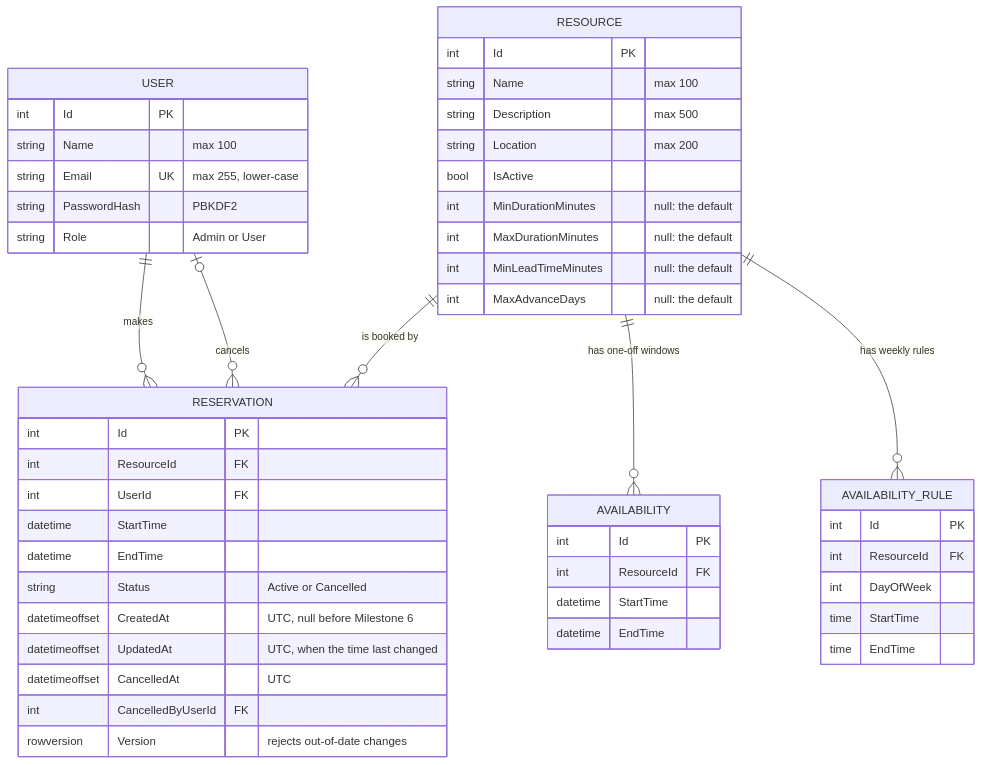
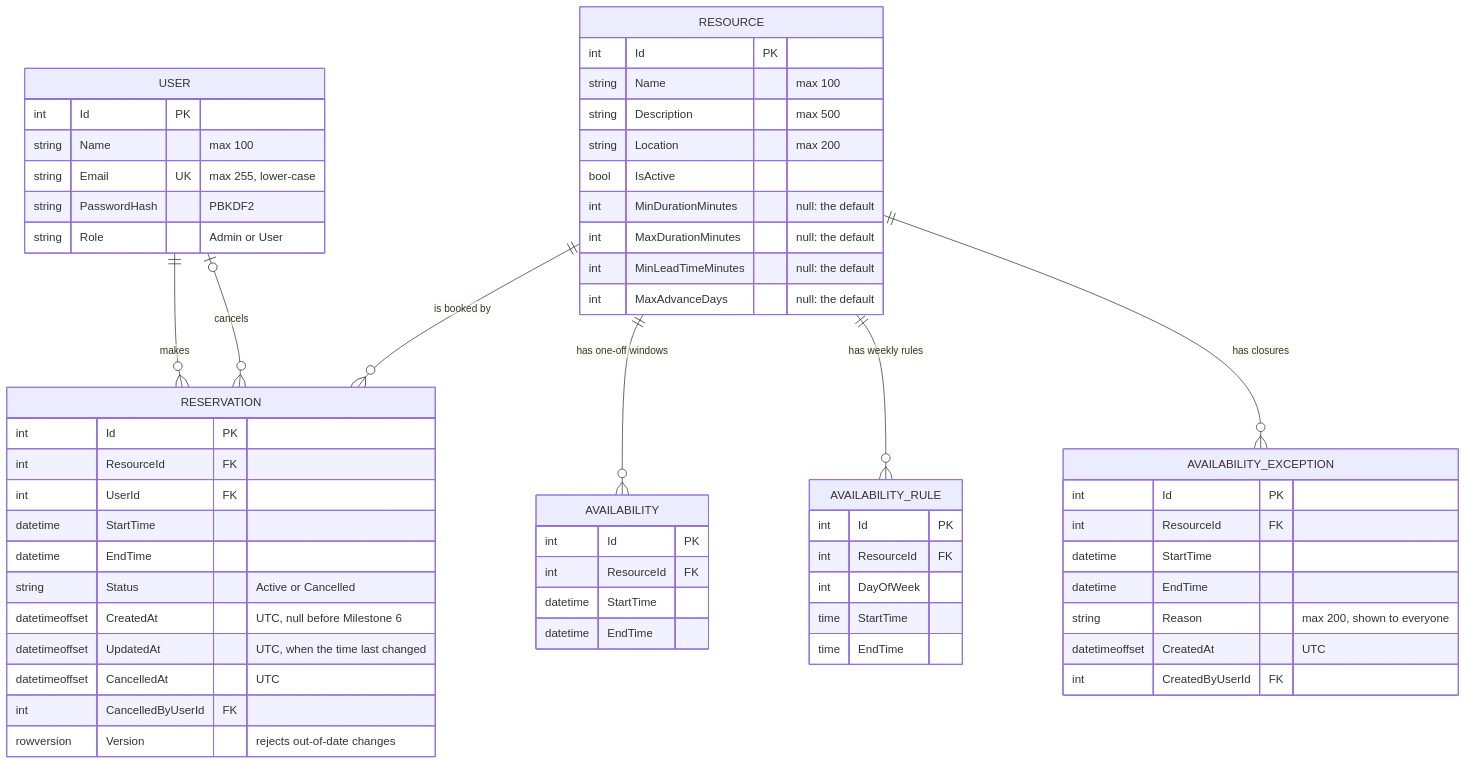
One commit to Andershgras/resource-reservation-system changed the third of 4 diagrams in docs/architecture.md. Above: the diagram before and after it, drawn with Mermaid. The commit also changed other lines of this file and 8 other files, not shown here.

````diff
--- a/docs/architecture.md
+++ b/docs/architecture.md
@@ -94,53 +96,63 @@
 ```mermaid
 erDiagram
     USER ||--o{ RESERVATION : makes
     USER |o--o{ RESERVATION : cancels
     RESOURCE ||--o{ RESERVATION : "is booked by"
     RESOURCE ||--o{ AVAILABILITY : "has one-off windows"
     RESOURCE ||--o{ AVAILABILITY_RULE : "has weekly rules"
+    RESOURCE ||--o{ AVAILABILITY_EXCEPTION : "has closures"
 
     USER {
         int Id PK
         string Name "max 100"
         string Email UK "max 255, lower-case"
         string PasswordHash "PBKDF2"
         string Role "Admin or User"
     }
     RESOURCE {
         int Id PK
         string Name "max 100"
         string Description "max 500"
         string Location "max 200"
         bool IsActive
         int MinDurationMinutes "null: the default"
         int MaxDurationMinutes "null: the default"
         int MinLeadTimeMinutes "null: the default"
         int MaxAdvanceDays "null: the default"
     }
     AVAILABILITY {
         int Id PK
         int ResourceId FK
         datetime StartTime
         datetime EndTime
     }
     AVAILABILITY_RULE {
         int Id PK
         int ResourceId FK
         int DayOfWeek
         time StartTime
         time EndTime
     }
+    AVAILABILITY_EXCEPTION {
+        int Id PK
+        int ResourceId FK
+        datetime StartTime
+        datetime EndTime
+        string Reason "max 200, shown to everyone"
+        datetimeoffset CreatedAt "UTC"
+        int CreatedByUserId FK
+    }
     RESERVATION {
         int Id PK
         int ResourceId FK
         int UserId FK
         datetime StartTime
         datetime EndTime
         string Status "Active or Cancelled"
         datetimeoffset CreatedAt "UTC, null before Milestone 6"
         datetimeoffset UpdatedAt "UTC, when the time last changed"
         datetimeoffset CancelledAt "UTC"
         int CancelledByUserId FK
         rowversion Version "rejects out-of-date changes"
     }
 ```
````
